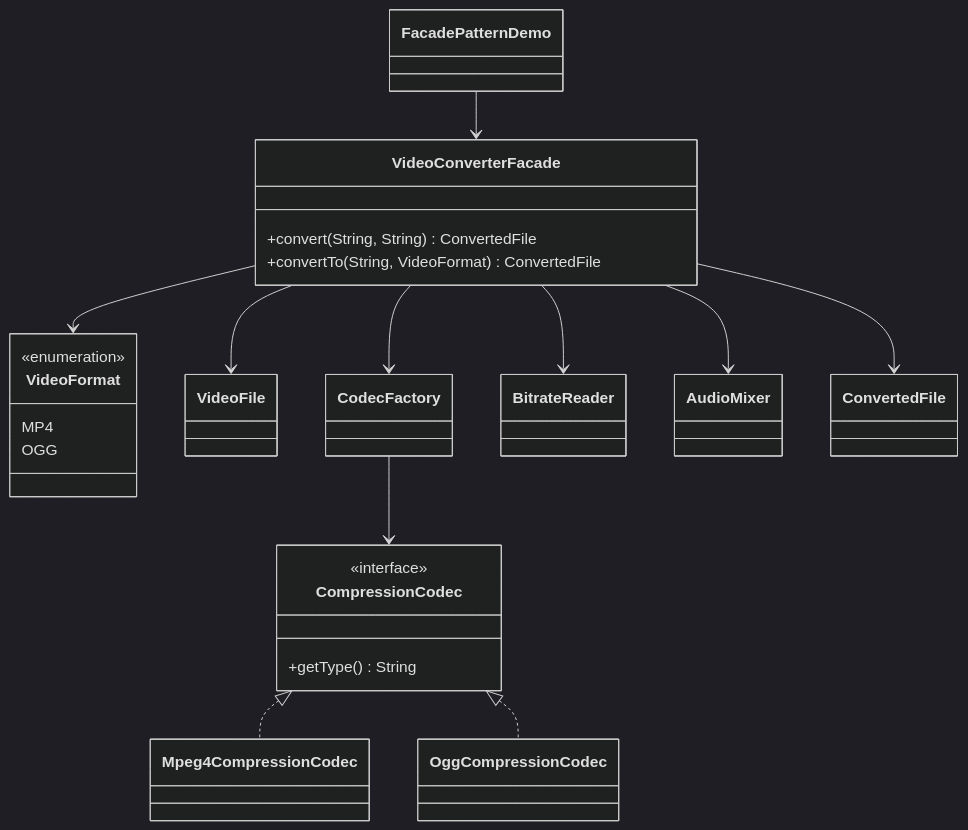
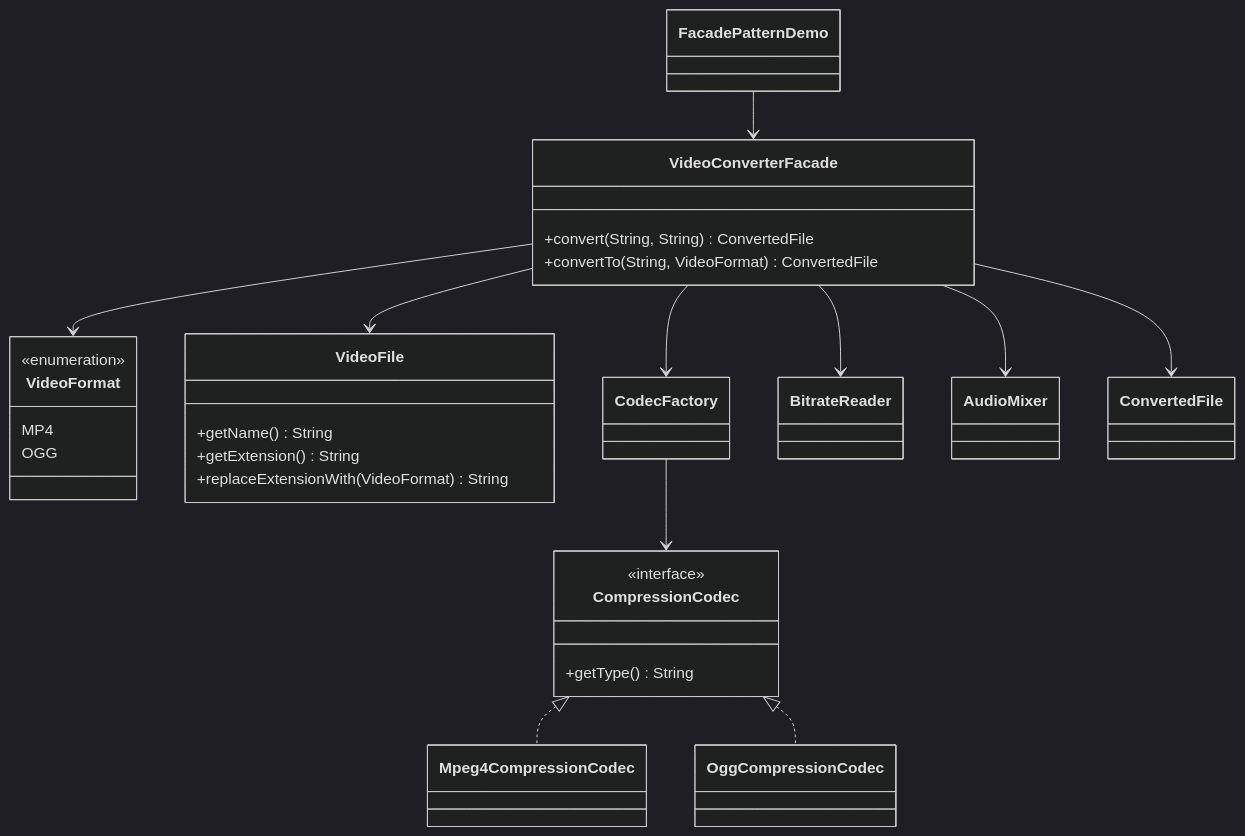
Before and after one commit to TunahanCan/design_pattern: the first of 2 diagrams in src/main/java/com/can/structural/facade/explain/facade.md, drawn with Mermaid (dark theme). The commit also changed other lines of this file and 34 other files, not shown here.

````diff
--- a/src/main/java/com/can/structural/facade/explain/facade.md
+++ b/src/main/java/com/can/structural/facade/explain/facade.md
@@ -123,35 +125,39 @@
 ```mermaid
 classDiagram
     class FacadePatternDemo
     class VideoConverterFacade {
         +convert(String, String) ConvertedFile
         +convertTo(String, VideoFormat) ConvertedFile
     }
     class VideoFormat {
         <<enumeration>>
         MP4
         OGG
     }
-    class VideoFile
+    class VideoFile {
+        +getName() String
+        +getExtension() String
+        +replaceExtensionWith(VideoFormat) String
+    }
     class CodecFactory
     class CompressionCodec {
         <<interface>>
         +getType() String
     }
     class Mpeg4CompressionCodec
     class OggCompressionCodec
     class BitrateReader
     class AudioMixer
     class ConvertedFile
 
     FacadePatternDemo --> VideoConverterFacade
     VideoConverterFacade --> VideoFormat
     VideoConverterFacade --> VideoFile
     VideoConverterFacade --> CodecFactory
     VideoConverterFacade --> BitrateReader
     VideoConverterFacade --> AudioMixer
     VideoConverterFacade --> ConvertedFile
     CompressionCodec <|.. Mpeg4CompressionCodec
     CompressionCodec <|.. OggCompressionCodec
     CodecFactory --> CompressionCodec
 ```
````
